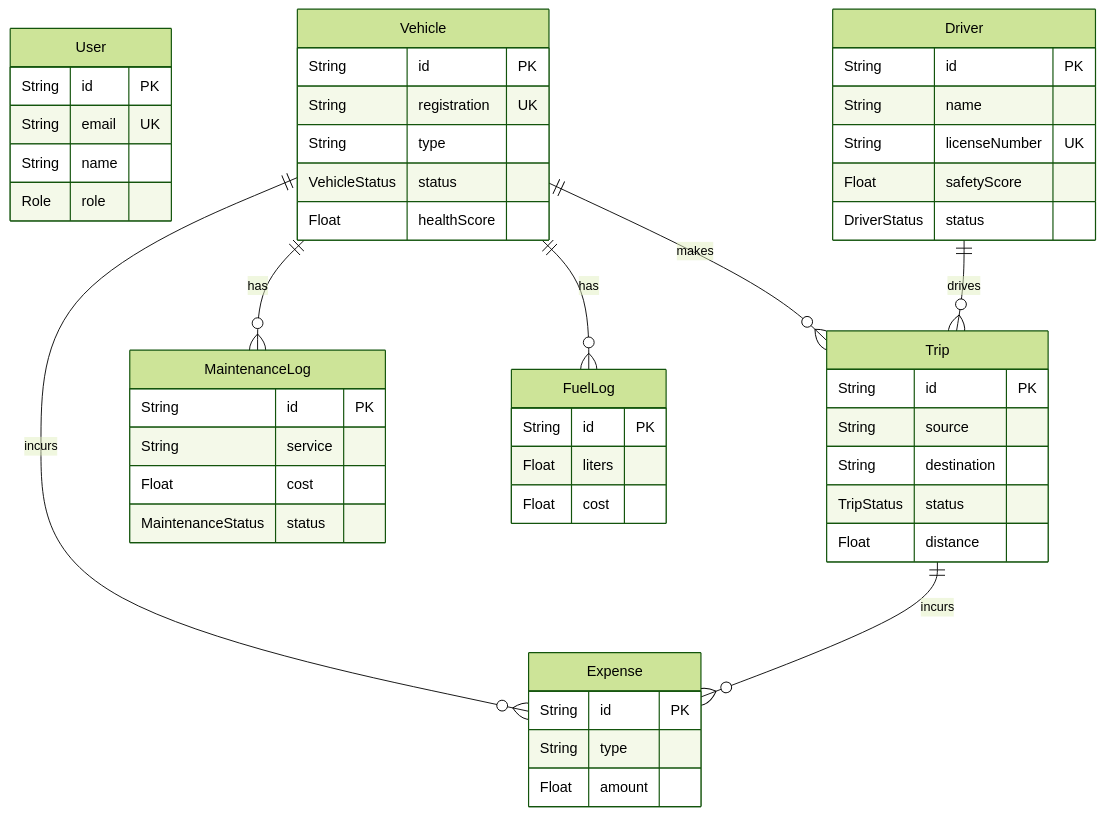
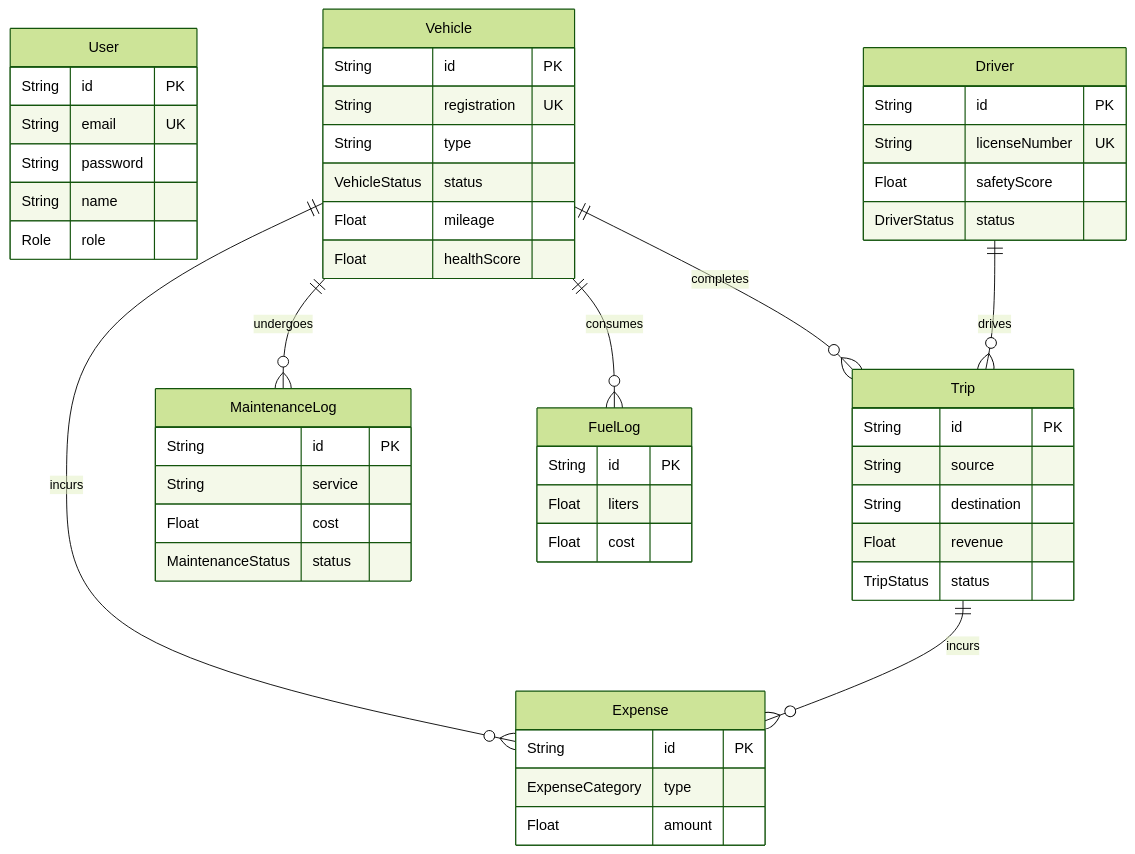
Before and after one commit to sachhu04/TransitOps: the second of 2 diagrams in README.md, drawn with Mermaid (forest theme). The commit also changed other lines of this file and 2 other files, not shown here.

````diff
--- a/README.md
+++ b/README.md
@@ -94,53 +52,54 @@
 ```mermaid
 erDiagram
     User {
         String id PK
         String email UK
+        String password
         String name
         Role role
     }
     Vehicle {
         String id PK
         String registration UK
         String type
         VehicleStatus status
+        Float mileage
         Float healthScore
     }
     Driver {
         String id PK
-        String name
         String licenseNumber UK
         Float safetyScore
         DriverStatus status
     }
     Trip {
         String id PK
         String source
         String destination
+        Float revenue
         TripStatus status
-        Float distance
     }
     MaintenanceLog {
         String id PK
         String service
         Float cost
         MaintenanceStatus status
     }
     FuelLog {
         String id PK
         Float liters
         Float cost
     }
     Expense {
         String id PK
-        String type
+        ExpenseCategory type
         Float amount
     }
 
-    Vehicle ||--o{ Trip : "makes"
-    Driver ||--o{ Trip : "drives"
-    Vehicle ||--o{ MaintenanceLog : "has"
-    Vehicle ||--o{ FuelLog : "has"
-    Vehicle ||--o{ Expense : "incurs"
-    Trip ||--o{ Expense : "incurs"
+    Vehicle ||--o{ Trip : completes
+    Driver ||--o{ Trip : drives
+    Vehicle ||--o{ MaintenanceLog : undergoes
+    Vehicle ||--o{ FuelLog : consumes
+    Vehicle ||--o{ Expense : incurs
+    Trip ||--o{ Expense : incurs
 ```
````
